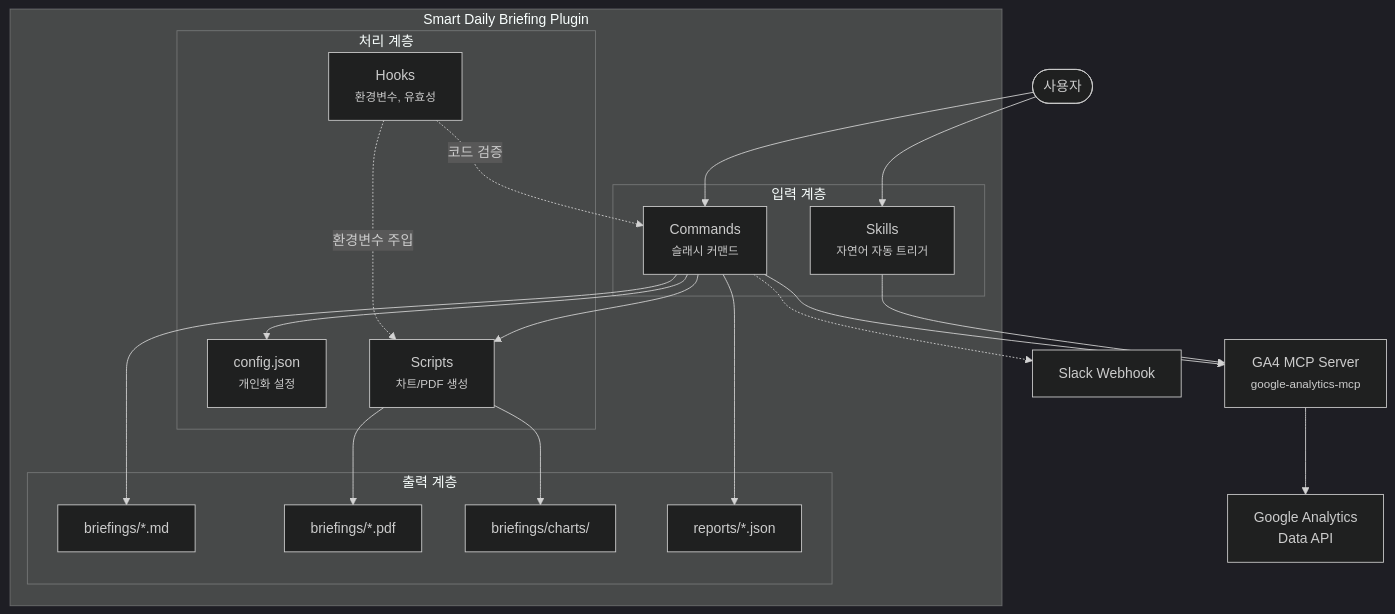
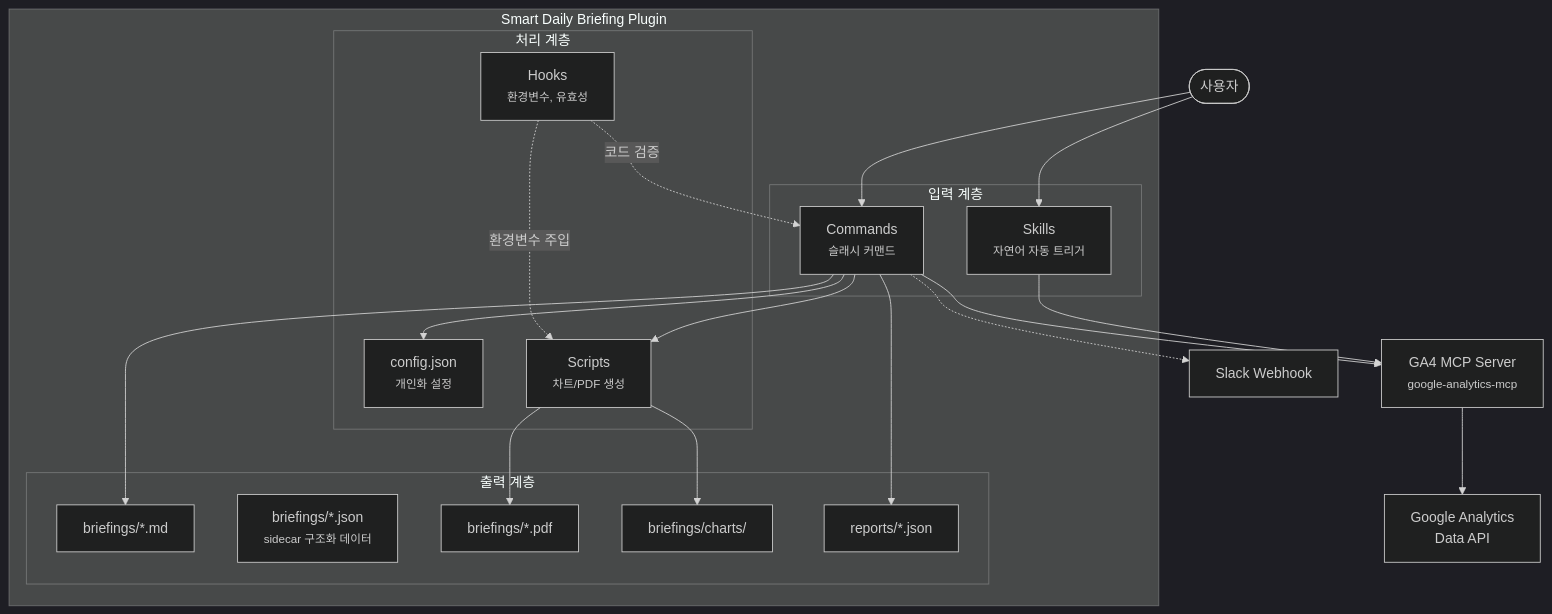
Before and after one commit to leeys-dnulbo/smart-daily-briefing: the first of 9 diagrams in ARCHITECTURE.md, drawn with Mermaid (dark theme). The commit also changed other lines of this file and 7 other files, not shown here.

````diff
--- a/ARCHITECTURE.md
+++ b/ARCHITECTURE.md
@@ -9,43 +9,44 @@
 ```mermaid
 graph TB
     User([사용자])
 
     subgraph Plugin["Smart Daily Briefing Plugin"]
         subgraph Triggers["입력 계층"]
             Skills["Skills<br/><small>자연어 자동 트리거</small>"]
             Commands["Commands<br/><small>슬래시 커맨드</small>"]
         end
 
         subgraph Core["처리 계층"]
             Config["config.json<br/><small>개인화 설정</small>"]
             Scripts["Scripts<br/><small>차트/PDF 생성</small>"]
             Hooks["Hooks<br/><small>환경변수, 유효성</small>"]
         end
 
         subgraph Output["출력 계층"]
             MD["briefings/*.md"]
+            JSON["briefings/*.json<br/><small>sidecar 구조화 데이터</small>"]
             PDF["briefings/*.pdf"]
             Charts["briefings/charts/"]
             Reports["reports/*.json"]
         end
     end
 
     MCP["GA4 MCP Server<br/><small>google-analytics-mcp</small>"]
     GA4["Google Analytics<br/>Data API"]
     Slack["Slack Webhook"]
 
     User --> Skills
     User --> Commands
     Skills --> MCP
     Commands --> MCP
     Commands --> Config
     Commands --> Scripts
     MCP --> GA4
     Scripts --> Charts
     Scripts --> PDF
     Commands --> MD
     Commands --> Reports
     Hooks -.->|환경변수 주입| Scripts
     Hooks -.->|코드 검증| Commands
     Commands -.-> Slack
 ```
````
